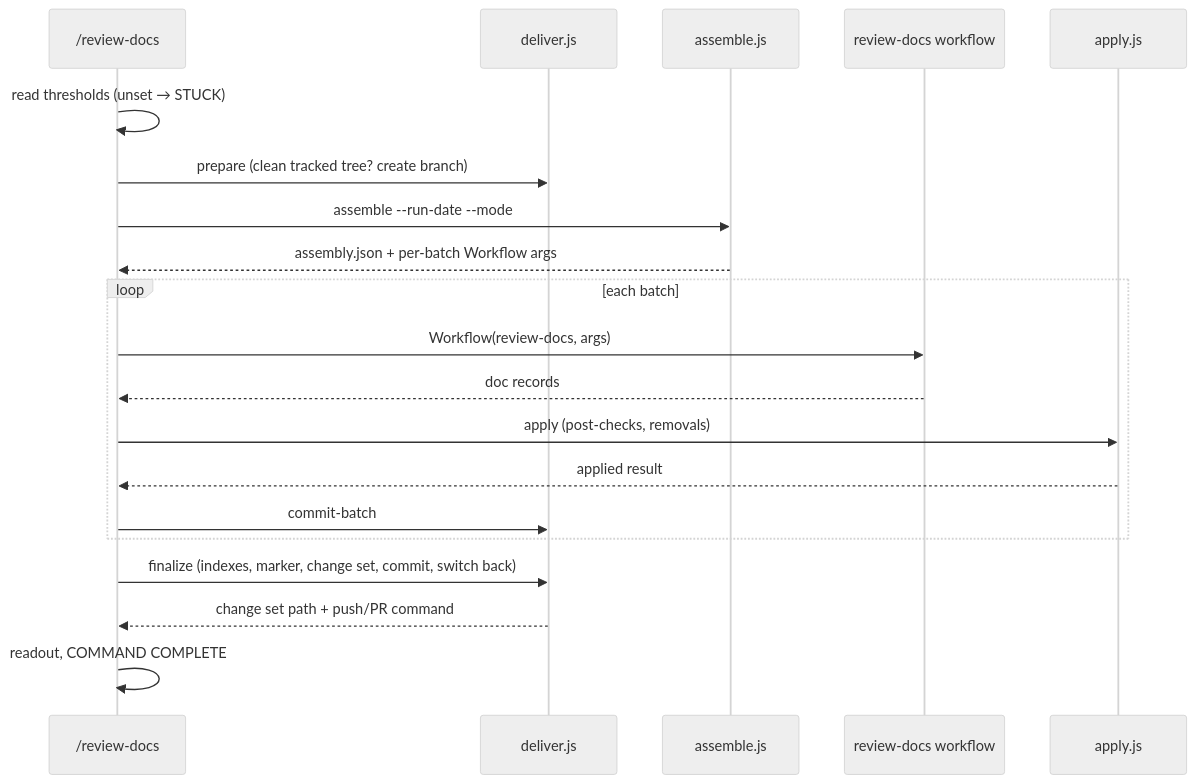
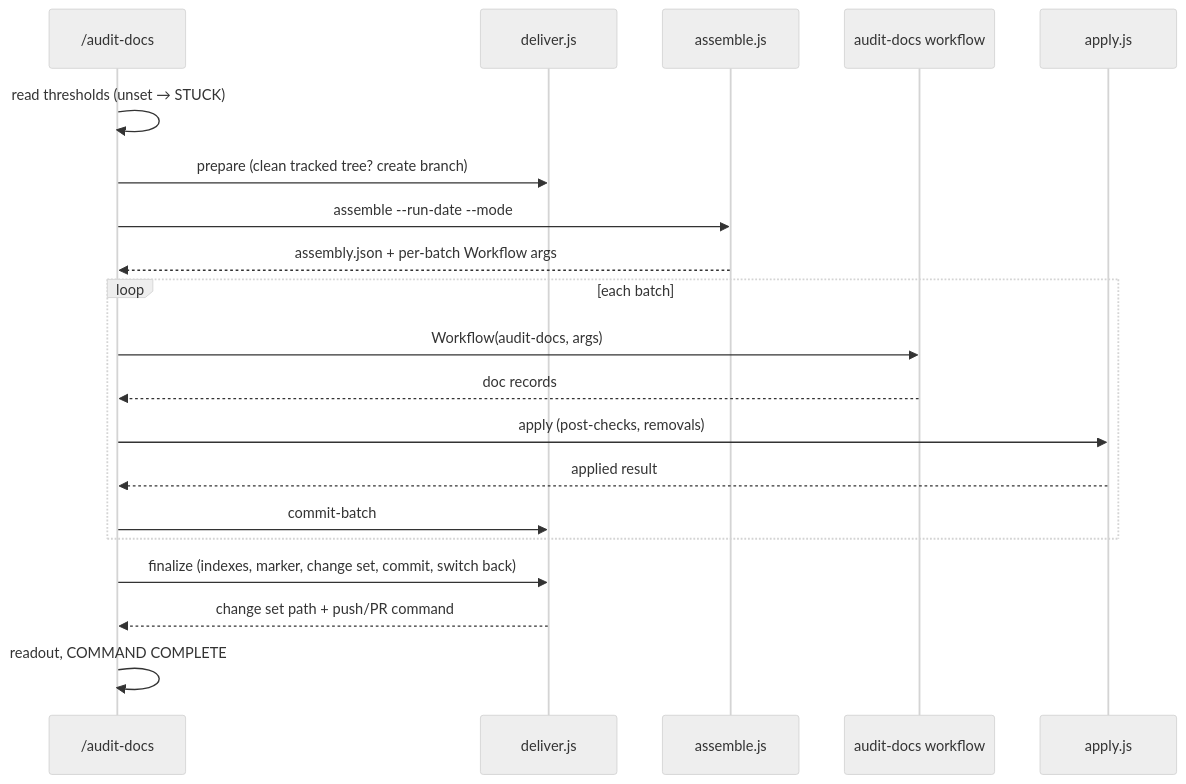
Before and after one commit to FortiumPartners/ensemble-vnext: the second of 3 diagrams in docs/TRD/docs-as-built.md, drawn with Mermaid (neutral theme). The commit also changed other lines of this file, not shown here.

First line of the commit message:
docs(docs-as-built): TRD v1.2.0 — command renamed /audit-docs; D19 skips only TRDs with no implementation work or work clearly in flight

````diff
--- a/docs/TRD/docs-as-built.md
+++ b/docs/TRD/docs-as-built.md
@@ -171,22 +172,22 @@
 ```mermaid
 sequenceDiagram
-    participant C as /review-docs
+    participant C as /audit-docs
     participant D as deliver.js
     participant A as assemble.js
-    participant W as review-docs workflow
+    participant W as audit-docs workflow
     participant P as apply.js
     C->>C: read thresholds (unset → STUCK)
     C->>D: prepare (clean tracked tree? create branch)
     C->>A: assemble --run-date --mode
     A-->>C: assembly.json + per-batch Workflow args
     loop each batch
-        C->>W: Workflow(review-docs, args)
+        C->>W: Workflow(audit-docs, args)
         W-->>C: doc records
         C->>P: apply (post-checks, removals)
         P-->>C: applied result
         C->>D: commit-batch
     end
     C->>D: finalize (indexes, marker, change set, commit, switch back)
     D-->>C: change set path + push/PR command
     C->>C: readout, COMMAND COMPLETE
 ```
````
